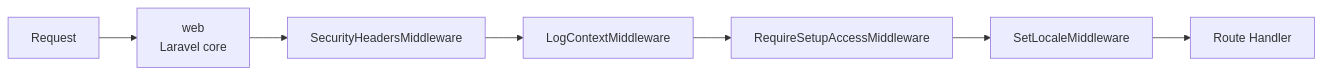
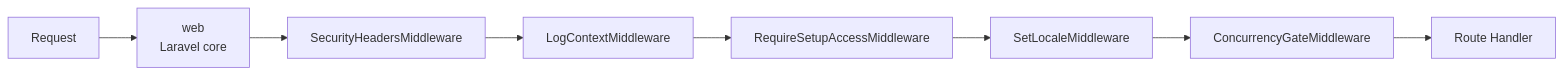
Before and after one commit to reasvyn/internara: the second of 2 diagrams in docs/guides/infra/routes.md, drawn with Mermaid. The commit also changed other lines of this file and 8 other files, not shown here.

````diff
--- a/docs/guides/infra/routes.md
+++ b/docs/guides/infra/routes.md
@@ -153,10 +150,11 @@
 ```mermaid
 flowchart LR
     A[Request] --> B[web<br/>Laravel core]
     B --> C[SecurityHeadersMiddleware]
     C --> D[LogContextMiddleware]
     D --> E[RequireSetupAccessMiddleware]
     E --> F[SetLocaleMiddleware]
-    F --> G[Route Handler]
+    F --> G[ConcurrencyGateMiddleware]
+    G --> H[Route Handler]
 
 ```
````
